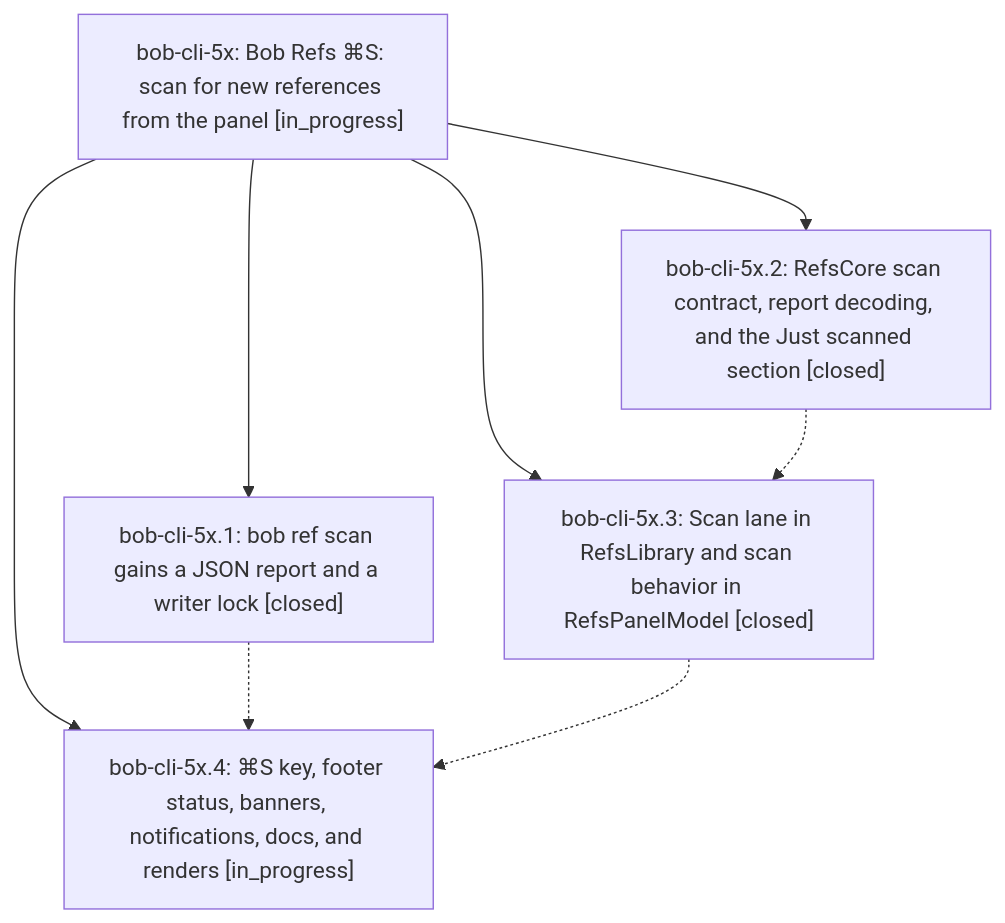
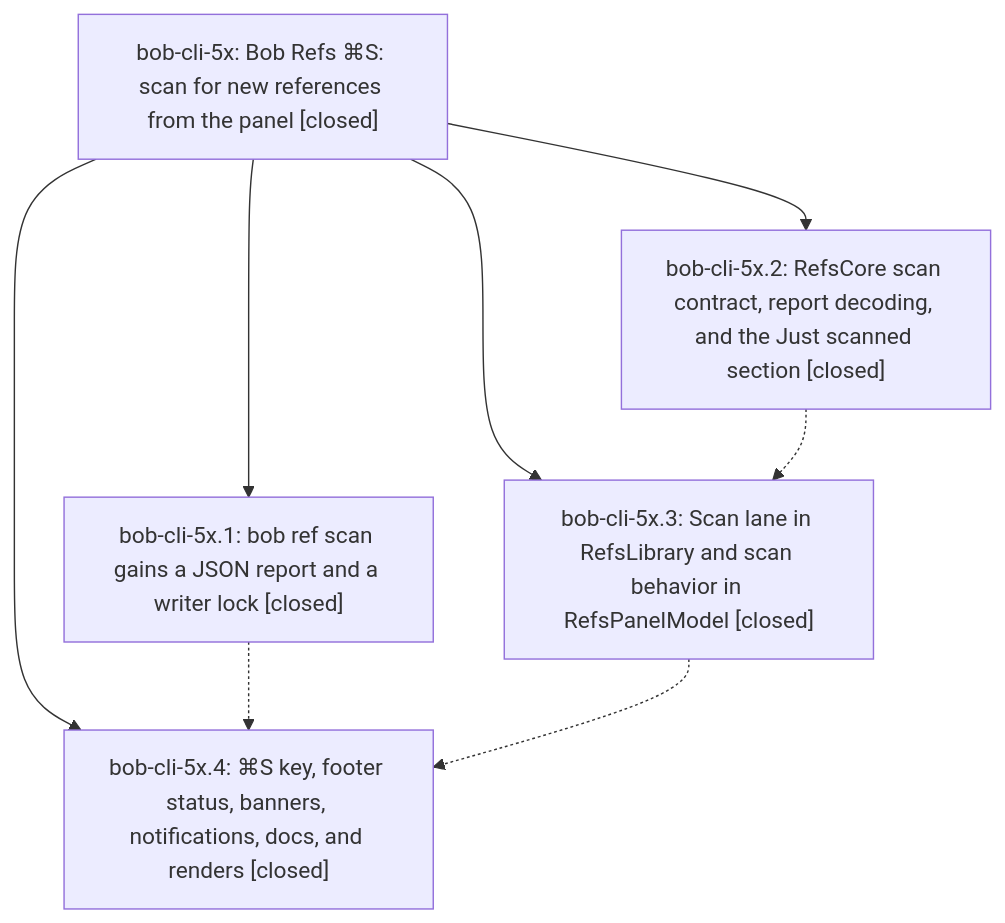
Before and after one commit to bobs-org/bob-cli--beads: the diagram in pages/bob-cli-5x/README.md, drawn with Mermaid. The commit also changed other lines of this file and 3 other files, not shown here.

First line of the commit message:
chore(beads): sync bead state and pages for bob-cli-5x

````diff
--- a/pages/bob-cli-5x/README.md
+++ b/pages/bob-cli-5x/README.md
@@ -39,15 +47,15 @@
 ```mermaid
 flowchart TD
-    n0["bob-cli-5x: Bob Refs ⌘S: scan for new references from the panel [in_progress]"]
+    n0["bob-cli-5x: Bob Refs ⌘S: scan for new references from the panel [closed]"]
     n1["bob-cli-5x.1: bob ref scan gains a JSON report and a writer lock [closed]"]
     n2["bob-cli-5x.2: RefsCore scan contract, report decoding, and the Just scanned section [closed]"]
     n3["bob-cli-5x.3: Scan lane in RefsLibrary and scan behavior in RefsPanelModel [closed]"]
-    n4["bob-cli-5x.4: ⌘S key, footer status, banners, notifications, docs, and renders [in_progress]"]
+    n4["bob-cli-5x.4: ⌘S key, footer status, banners, notifications, docs, and renders [closed]"]
     n0 --> n1
     n0 --> n2
     n0 --> n3
     n0 --> n4
     n1 -.-> n4
     n2 -.-> n3
     n3 -.-> n4
 ```
````
